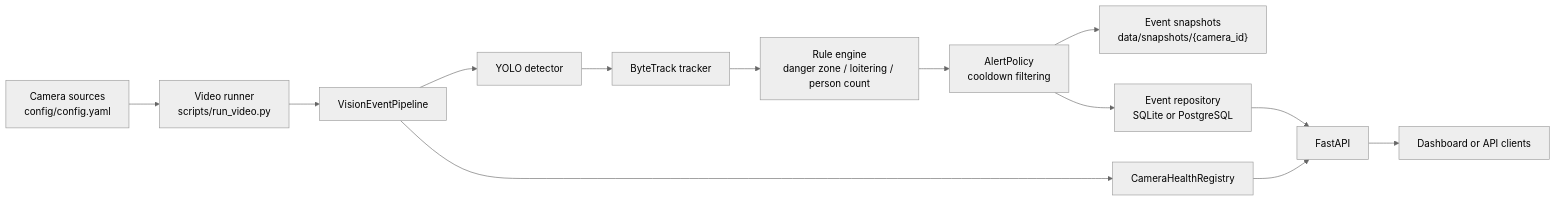
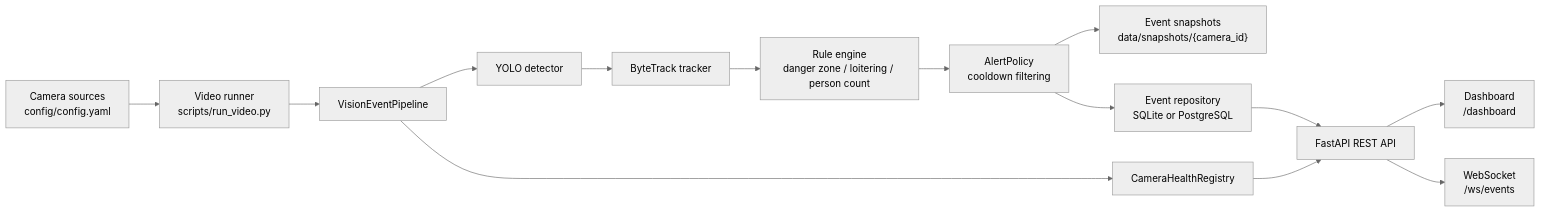
One commit to jiyeon0715/vision-event-platform changed the diagram in README.md. Above: the diagram before and after it, drawn with Mermaid (neutral theme). The commit also changed other lines of this file, not shown here.

````diff
--- a/README.md
+++ b/README.md
@@ -24,15 +43,16 @@
 ```mermaid
 flowchart LR
     A["Camera sources<br/>config/config.yaml"] --> B["Video runner<br/>scripts/run_video.py"]
     B --> C["VisionEventPipeline"]
     C --> D["YOLO detector"]
     D --> E["ByteTrack tracker"]
     E --> F["Rule engine<br/>danger zone / loitering / person count"]
     F --> G["AlertPolicy<br/>cooldown filtering"]
     G --> H["Event snapshots<br/>data/snapshots/{camera_id}"]
     G --> I["Event repository<br/>SQLite or PostgreSQL"]
     C --> J["CameraHealthRegistry"]
-    I --> K["FastAPI"]
+    I --> K["FastAPI REST API"]
     J --> K
-    K --> L["Dashboard or API clients"]
+    K --> L["Dashboard<br/>/dashboard"]
+    K --> M["WebSocket<br/>/ws/events"]
 ```
````
